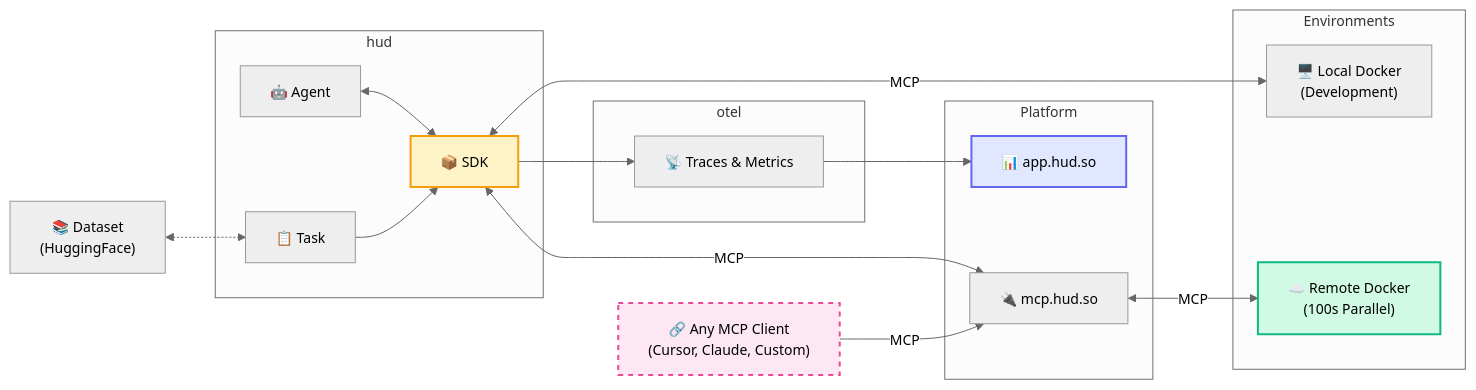
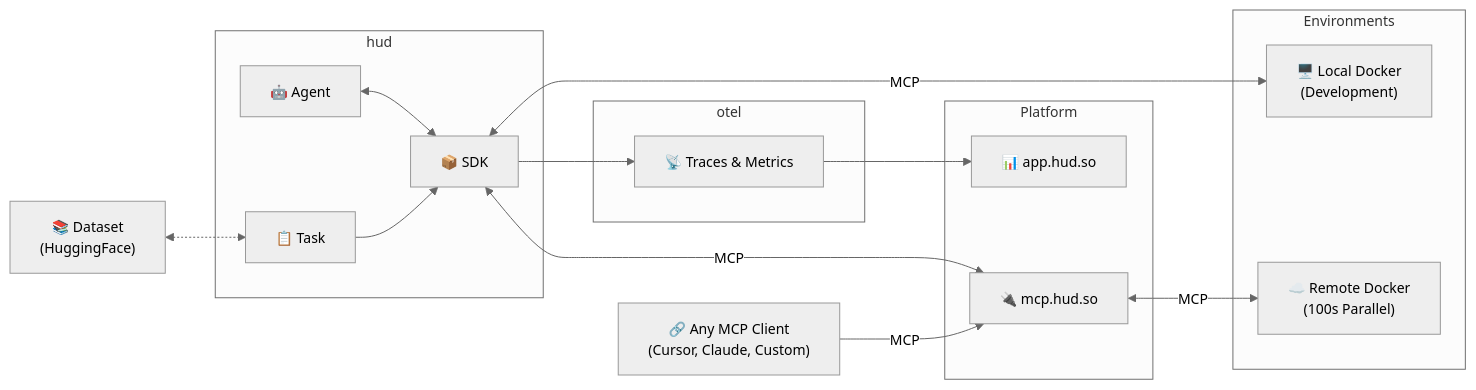
Before and after one commit to shfunc/hud-python: the diagram in README.md, drawn with Mermaid. The commit also changed other lines of this file and 3 other files, not shown here.

````diff
--- a/README.md
+++ b/README.md
@@ -293,42 +293,38 @@
 ```mermaid
 %%{init: {"theme": "neutral", "themeVariables": {"fontSize": "14px"}} }%%
 graph LR
     subgraph "Platform"
         Dashboard["📊 app.hud.so"]
         API["🔌 mcp.hud.so"]
     end
   
     subgraph "hud"
         Agent["🤖 Agent"]
         Task["📋 Task"]
         SDK["📦 SDK"]
     end
   
     subgraph "Environments"
         LocalEnv["🖥️ Local Docker<br/>(Development)"]
         RemoteEnv["☁️ Remote Docker<br/>(100s Parallel)"]
     end
   
     subgraph "otel"
         Trace["📡 Traces & Metrics"]
     end
   
     Dataset["📚 Dataset<br/>(HuggingFace)"]
   
     AnyMCP["🔗 Any MCP Client<br/>(Cursor, Claude, Custom)"]
   
     Agent <--> SDK
     Task --> SDK
     Dataset <-.-> Task
     SDK <-->|"MCP"| LocalEnv
     SDK <-->|"MCP"| API
     API  <-->|"MCP"| RemoteEnv
     SDK  --> Trace
     Trace --> Dashboard
     AnyMCP -->|"MCP"| API
   
-    style Dashboard fill:#e0e7ff,stroke:#6366f1,stroke-width:2px
-    style SDK fill:#fef3c7,stroke:#f59e0b,stroke-width:2px
-    style RemoteEnv fill:#d1fae5,stroke:#10b981,stroke-width:2px
-    style AnyMCP fill:#fce7f3,stroke:#ec4899,stroke-width:2px,stroke-dasharray: 5 5
 ```
````
